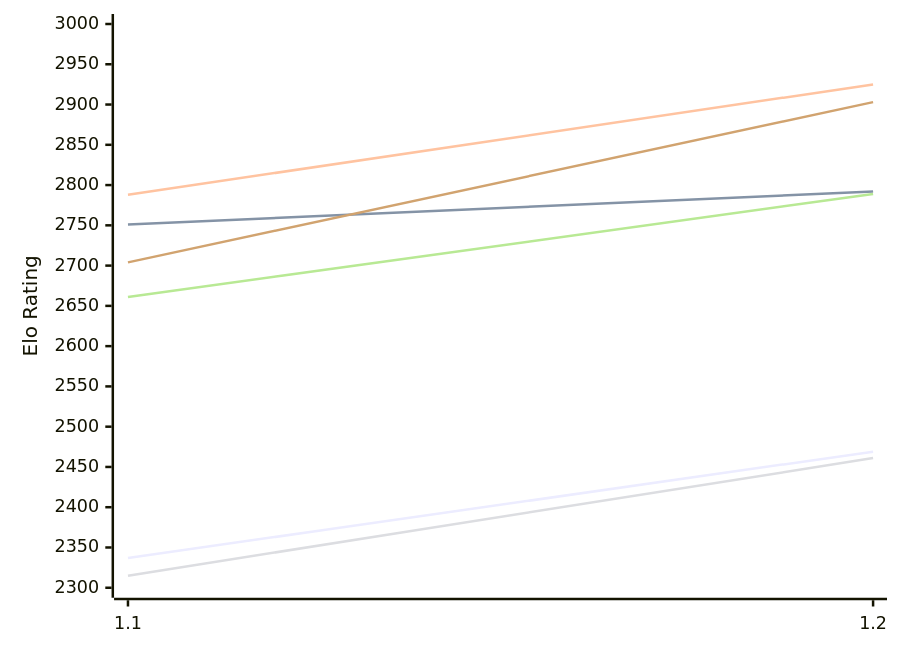
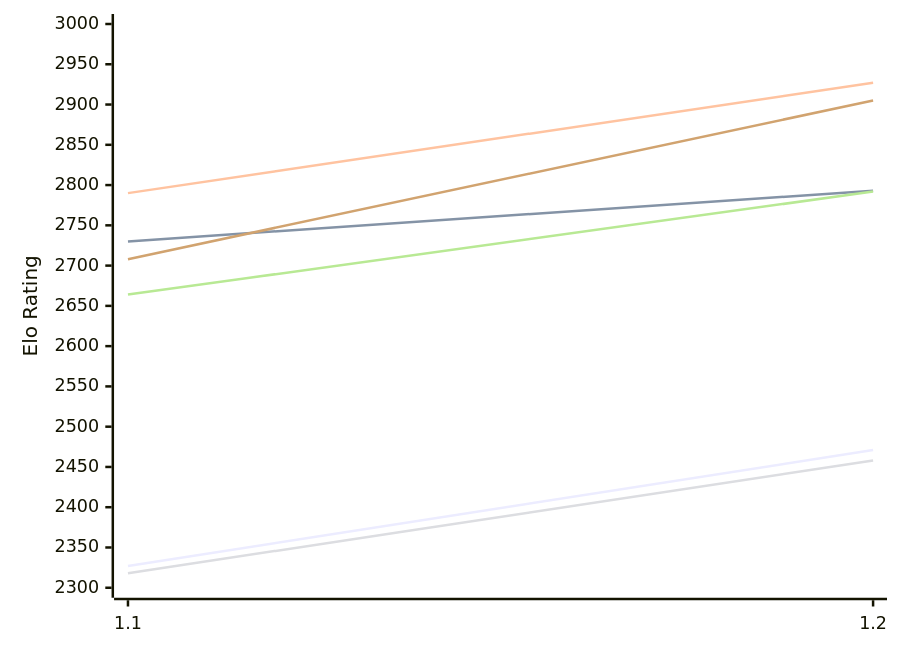
Before and after one commit to computer-chess-index/cci: the first of 2 diagrams in engines/FoxChess.md, drawn with Mermaid. The commit also changed other lines of this file, not shown here.

Commit message:
Update CCI Ratings (ELO VLTC) - 2026-11-24

````diff
--- a/engines/FoxChess.md
+++ b/engines/FoxChess.md
@@ -51,12 +51,12 @@
 ```mermaid
 %%{init: {"theme":"base","themeVariables":{"seriesColors:['#a3a3a3','#222221','#faa371']}}}%%
 xychart-beta
   x-axis ["1.1", "1.2"]
   y-axis "Elo Rating" 2300 --> 3000
-  line "E1: STC (8.0+0.08s)" [2337, 2469]
-  line "E1: LTC (60.0+0.60s)" [2751, 2792]
-  line "E1: VLTC (2m24s+1.12s)" [2788, 2925]
-  line "P1: STC (8.0+0.08s)" [2315, 2461]
-  line "P1: LTC (60.0+0.60s)" [2661, 2789]
-  line "P1: VLTC (2m24s+1.12s)" [2704, 2903]
+  line "E1: STC (8.0+0.08s)" [2327, 2471]
+  line "E1: LTC (60.0+0.60s)" [2730, 2793]
+  line "E1: VLTC (2m24s+1.12s)" [2790, 2927]
+  line "P1: STC (8.0+0.08s)" [2318, 2458]
+  line "P1: LTC (60.0+0.60s)" [2664, 2792]
+  line "P1: VLTC (2m24s+1.12s)" [2708, 2905]
 ```
````
